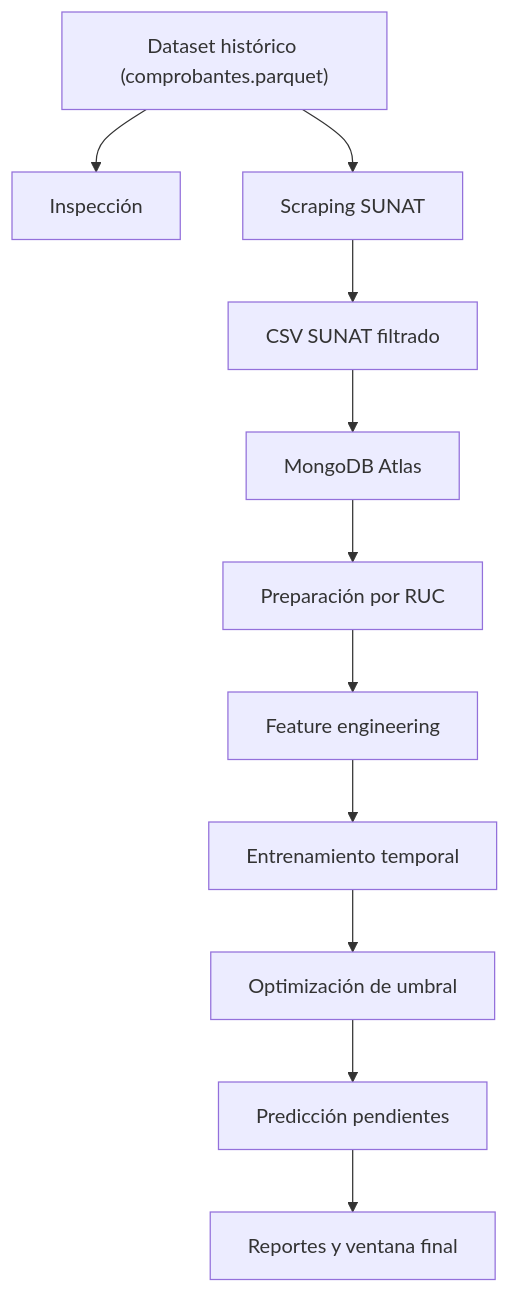
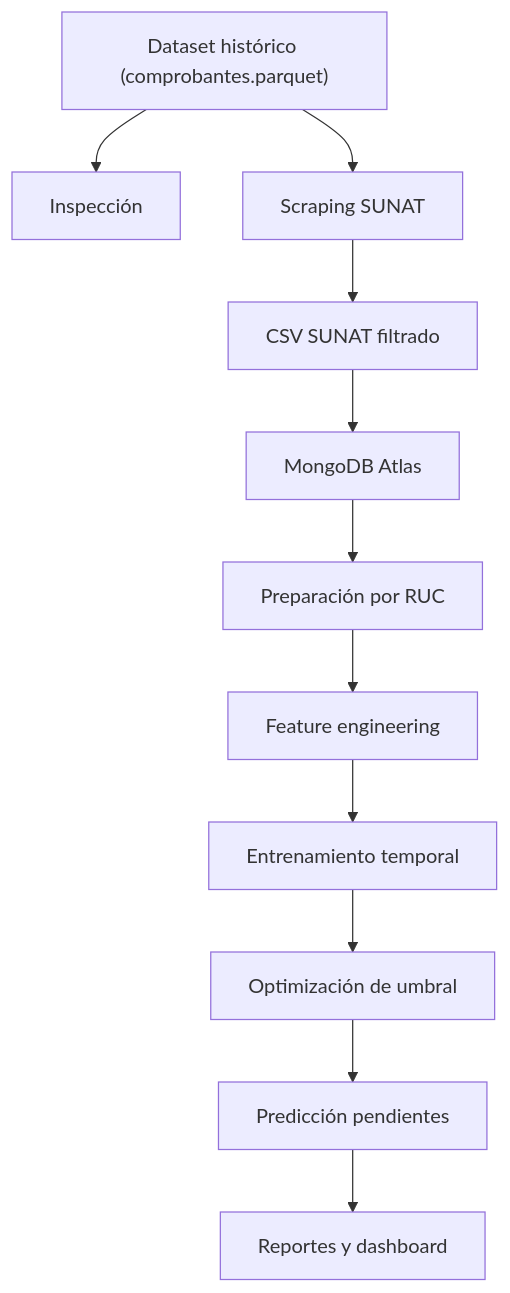
Before and after one commit to Mianvarh/facturisk-sunat: the first of 5 diagrams in docs/ARQUITECTURA_DEL_PROYECTO.md, drawn with Mermaid. The commit also changed 8 other files, not shown here.

````diff
--- a/docs/ARQUITECTURA_DEL_PROYECTO.md
+++ b/docs/ARQUITECTURA_DEL_PROYECTO.md
@@ -4,13 +4,13 @@
 ```mermaid
 flowchart TD
   A["Dataset histórico (comprobantes.parquet)"] --> B["Inspección"]
   A --> C["Scraping SUNAT"]
   C --> D["CSV SUNAT filtrado"]
   D --> E["MongoDB Atlas"]
   E --> F["Preparación por RUC"]
   F --> G["Feature engineering"]
   G --> H["Entrenamiento temporal"]
   H --> I["Optimización de umbral"]
   I --> J["Predicción pendientes"]
-  J --> K["Reportes y ventana final"]
+  J --> K["Reportes y dashboard"]
 ```
````
